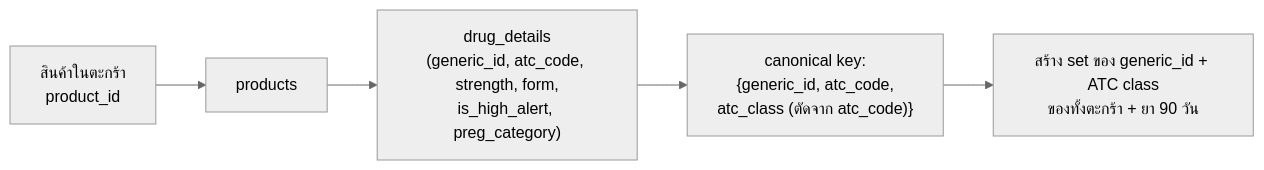
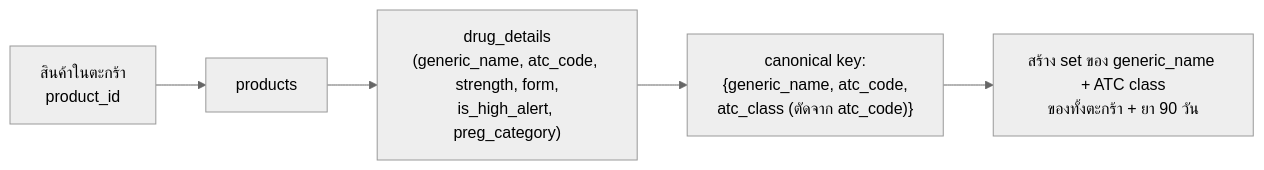
One commit to zank001/my-web-app changed the second of 5 diagrams in docs/pharmacy-system/04-ddi-engine.md. Above: the diagram before and after it, drawn with Mermaid (neutral theme). The commit also changed other lines of this file and 7 other files, not shown here.

````diff
--- a/docs/pharmacy-system/04-ddi-engine.md
+++ b/docs/pharmacy-system/04-ddi-engine.md
@@ -108,7 +108,7 @@
 ```mermaid
 flowchart LR
     IN["สินค้าในตะกร้า<br/>product_id"] --> P["products"]
-    P --> DD["drug_details<br/>(generic_id, atc_code, strength, form,<br/>is_high_alert, preg_category)"]
-    DD --> KEY["canonical key:<br/>{generic_id, atc_code,<br/>atc_class (ตัดจาก atc_code)}"]
-    KEY --> SET["สร้าง set ของ generic_id + ATC class<br/>ของทั้งตะกร้า + ยา 90 วัน"]
+    P --> DD["drug_details<br/>(generic_name, atc_code, strength, form,<br/>is_high_alert, preg_category)"]
+    DD --> KEY["canonical key:<br/>{generic_name, atc_code,<br/>atc_class (ตัดจาก atc_code)}"]
+    KEY --> SET["สร้าง set ของ generic_name + ATC class<br/>ของทั้งตะกร้า + ยา 90 วัน"]
 ```
````
